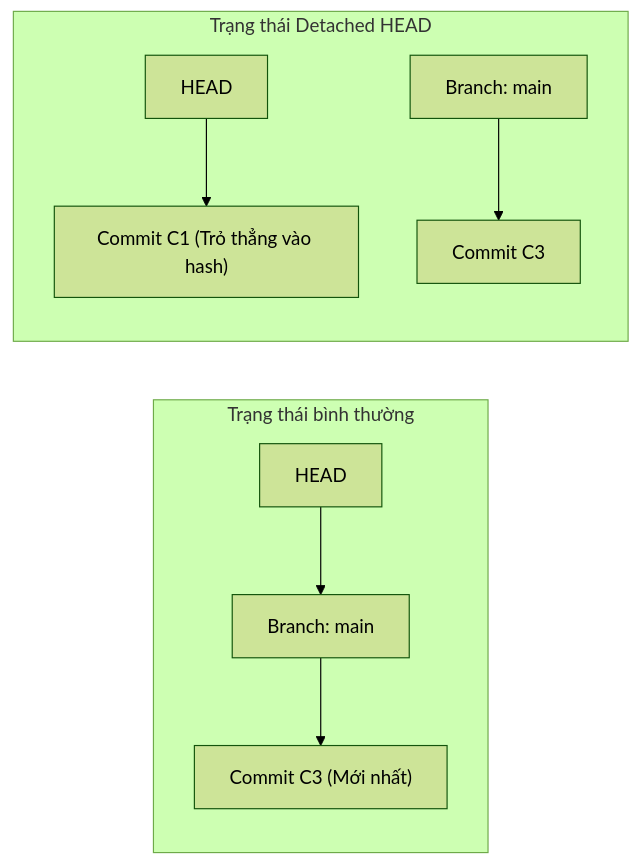
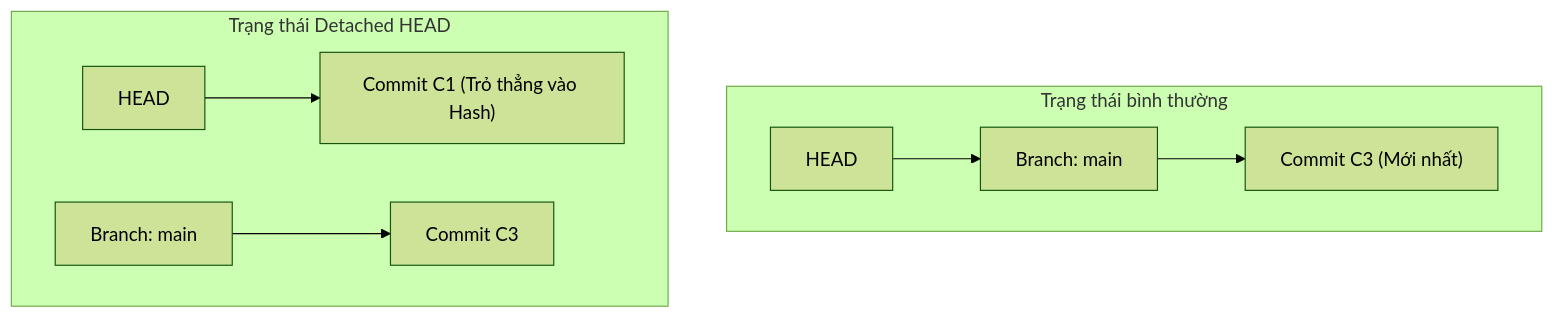
One commit to XuanQuang1301/Training-IT changed the fourth of 8 diagrams in Git/README.md. Above: the diagram before and after it, drawn with Mermaid (forest theme). The commit also changed other lines of this file and 1 other file, not shown here.

````diff
--- a/Git/README.md
+++ b/Git/README.md
@@ -213,11 +216,12 @@
 ```mermaid
-graph LR
+graph TD
     subgraph NormalState ["Trạng thái bình thường"]
-        HEAD1[HEAD] --> MainBranch[Branch: main] --> CommitA["Commit C3 (Mới nhất)"]
+        HEAD1["HEAD"] --> MainBranch["Branch: main"]
+        MainBranch --> CommitA["Commit C3 (Mới nhất)"]
     end
 
     subgraph DetachedState ["Trạng thái Detached HEAD"]
-        HEAD2[HEAD] --> CommitB["Commit C1 (Trỏ thẳng vào hash)"]
-        MainBranch2[Branch: main] --> CommitC["Commit C3"]
+        HEAD2["HEAD"] --> CommitB["Commit C1 (Trỏ thẳng vào Hash)"]
+        MainBranch2["Branch: main"] --> CommitC["Commit C3"]
     end
 ```
````
